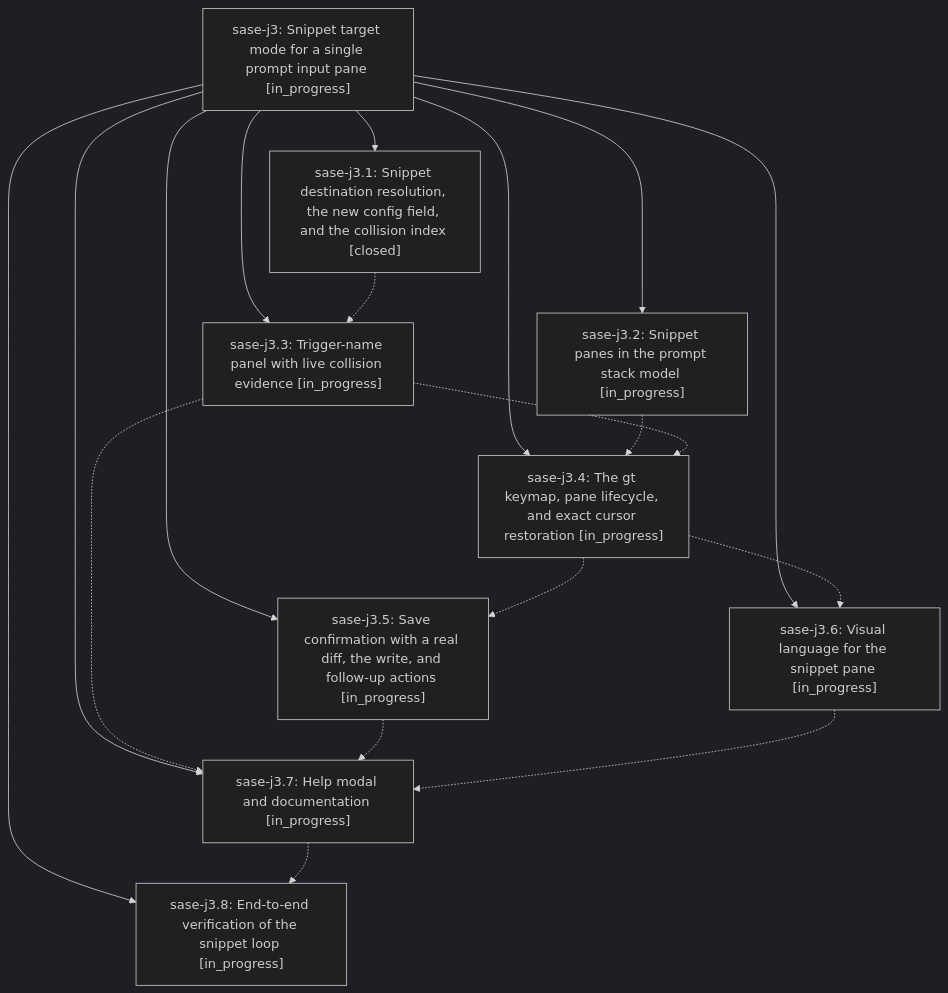
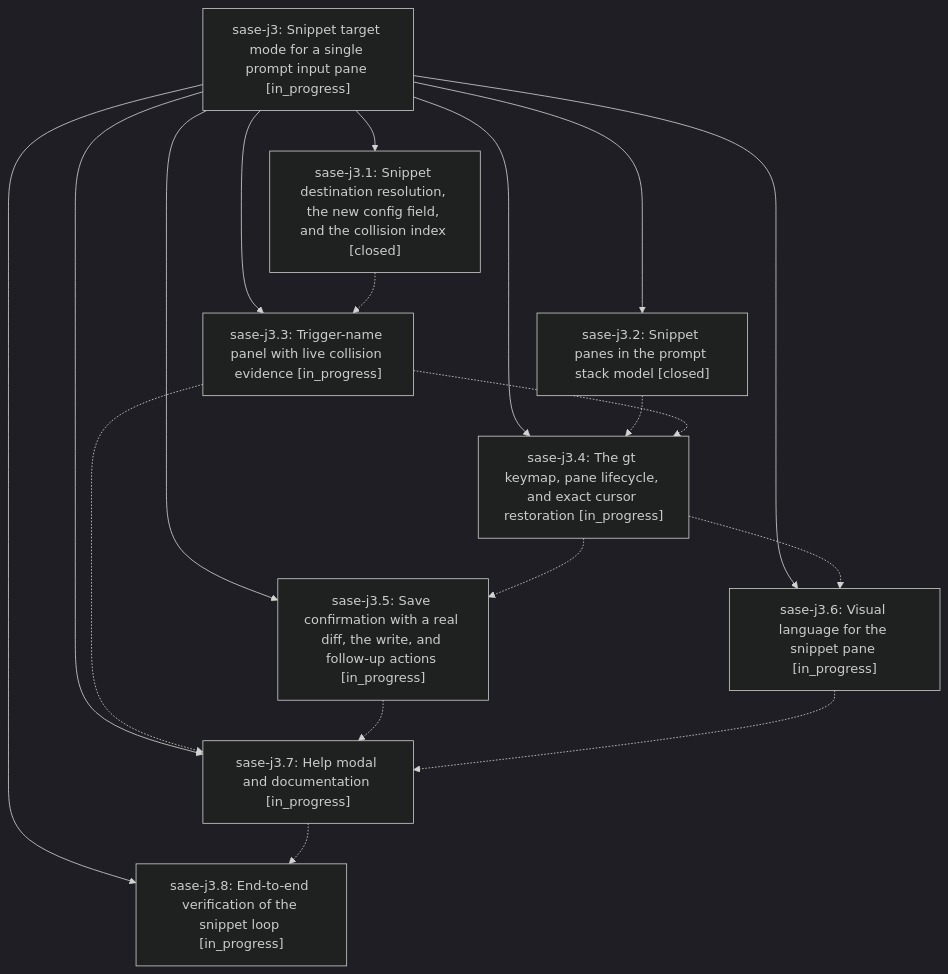
Before and after one commit to sase-org/sase--beads: the diagram in pages/sase-j3/README.md, drawn with Mermaid (dark theme). The commit also changed other lines of this file and 2 other files, not shown here.

First line of the commit message:
chore(beads): sync bead state and pages for sase-j3

````diff
--- a/pages/sase-j3/README.md
+++ b/pages/sase-j3/README.md
@@ -29,29 +29,29 @@
 ```mermaid
 flowchart TD
     n0["sase-j3: Snippet target mode for a single prompt input pane [in_progress]"]
     n1["sase-j3.1: Snippet destination resolution, the new config field, and the collision index [closed]"]
-    n2["sase-j3.2: Snippet panes in the prompt stack model [in_progress]"]
+    n2["sase-j3.2: Snippet panes in the prompt stack model [closed]"]
     n3["sase-j3.3: Trigger-name panel with live collision evidence [in_progress]"]
     n4["sase-j3.4: The gt keymap, pane lifecycle, and exact cursor restoration [in_progress]"]
     n5["sase-j3.5: Save confirmation with a real diff, the write, and follow-up actions [in_progress]"]
     n6["sase-j3.6: Visual language for the snippet pane [in_progress]"]
     n7["sase-j3.7: Help modal and documentation [in_progress]"]
     n8["sase-j3.8: End-to-end verification of the snippet loop [in_progress]"]
     n0 --> n1
     n0 --> n2
     n0 --> n3
     n0 --> n4
     n0 --> n5
     n0 --> n6
     n0 --> n7
     n0 --> n8
     n1 -.-> n3
     n2 -.-> n4
     n3 -.-> n4
     n3 -.-> n7
     n4 -.-> n5
     n4 -.-> n6
     n5 -.-> n7
     n6 -.-> n7
     n7 -.-> n8
 ```
````
